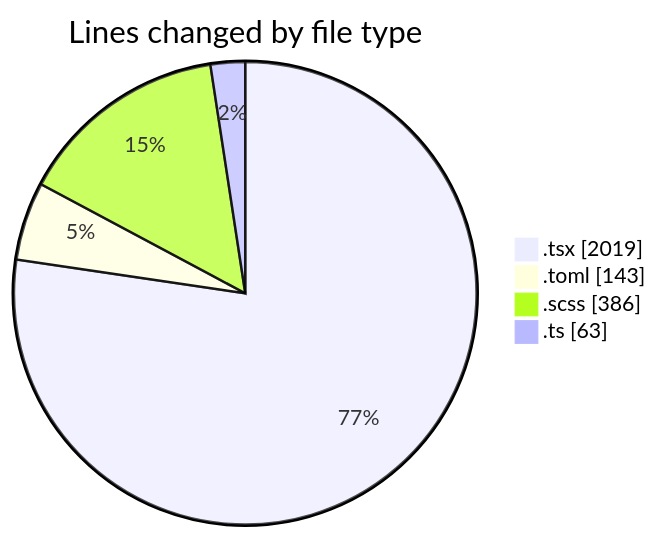
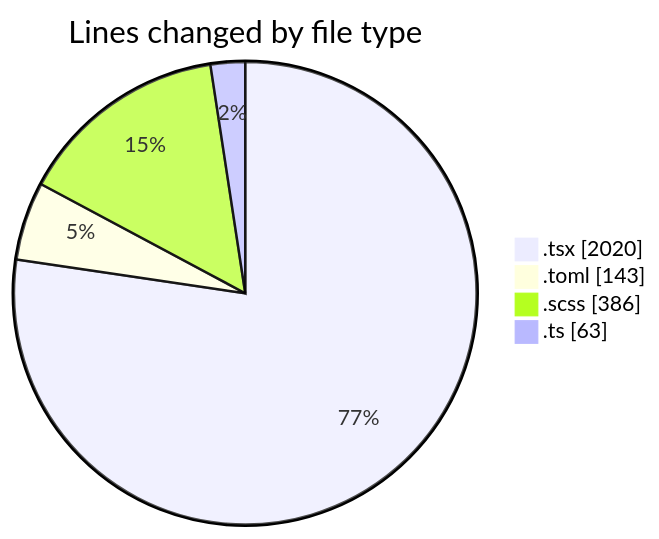
The first of 2 diagrams in 2026-11-02/cda/README.md (momahboobian/code-tracking), drawn with Mermaid before and after one commit. The commit also changed other lines of this file and 1 other file, not shown here.

````diff
--- a/2026-11-02/cda/README.md
+++ b/2026-11-02/cda/README.md
@@ -33,8 +33,8 @@
 ```mermaid
 pie showData
 title Lines changed by file type
-".tsx" : 2019
+".tsx" : 2020
 ".toml" : 143
 ".scss" : 386
 ".ts" : 63
 ```
````
